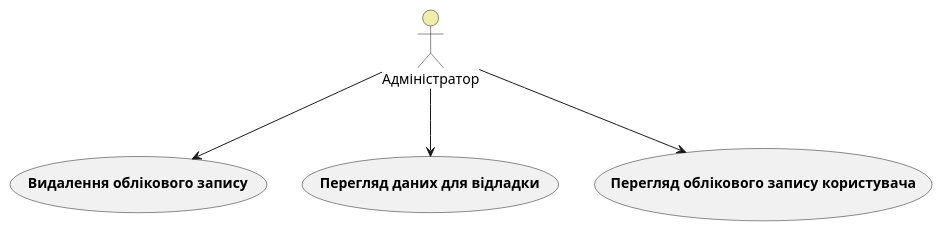
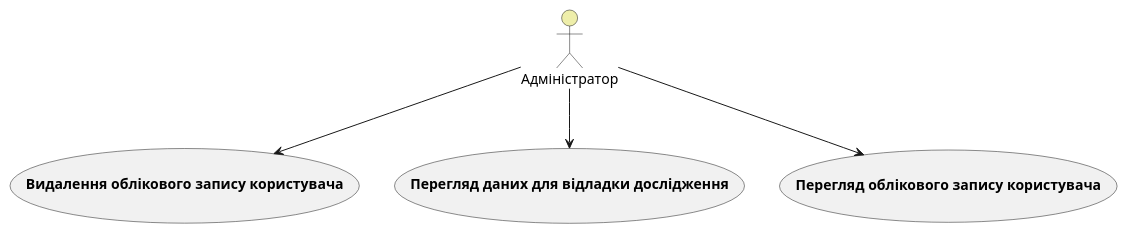
Before and after one commit to kpi-wolves/edu_db_labs: the third of 12 diagrams in docs/use cases/README.md, drawn with PlantUML. The commit also changed other lines of this file, not shown here.

```diff
--- a/docs/use cases/README.md
+++ b/docs/use cases/README.md
@@ -73,11 +73,11 @@
 @startuml
     actor "Адміністратор" as Admin #eeeeaa
     
-    usecase "<b>Видалення облікового запису</b>" as REMOVE_USER
-    usecase "<b>Перегляд даних для відладки</b>" as VIEW_REQUEST_DEBUG_DATA
+    usecase "<b>Видалення облікового запису користувача</b>" as DELETE_USER
+    usecase "<b>Перегляд даних для відладки дослідження</b>" as VIEW_RESEARCH_DEBUG_DATA
     usecase "<b>Перегляд облікового запису користувача</b>" as VIEW_USER_ACCOUNT
     
-    Admin --> REMOVE_USER   
-    Admin --> VIEW_REQUEST_DEBUG_DATA
+    Admin --> DELETE_USER   
+    Admin --> VIEW_RESEARCH_DEBUG_DATA
     Admin --> VIEW_USER_ACCOUNT
 @enduml
```
